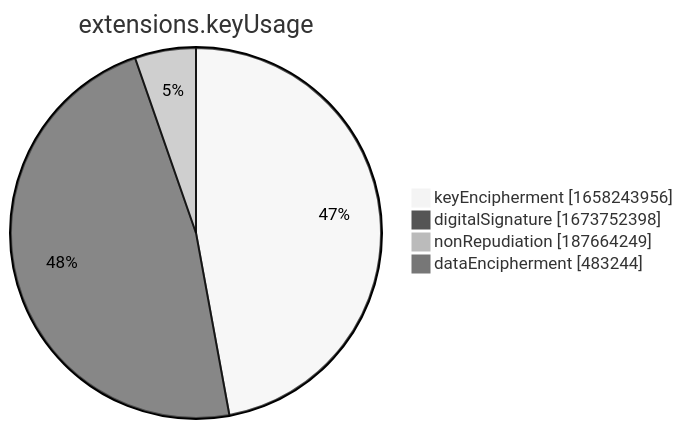
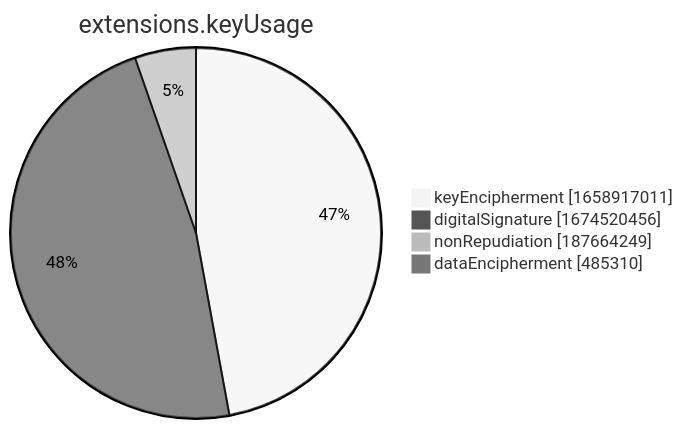
The seventh of 15 diagrams in xenon2022/README.md (christiankrug/ctmonitor_visualization), drawn with Mermaid (neutral theme) before and after one commit. The commit also changed other lines of this file, not shown here.

````diff
--- a/xenon2022/README.md
+++ b/xenon2022/README.md
@@ -2857,8 +2857,8 @@
 ```mermaid
 pie showData
 title extensions.keyUsage
-"keyEncipherment" :1658243956
-"digitalSignature" :1673752398
+"keyEncipherment" :1658917011
+"digitalSignature" :1674520456
 "nonRepudiation" :187664249
-"dataEncipherment" :483244
+"dataEncipherment" :485310
 ```
````
